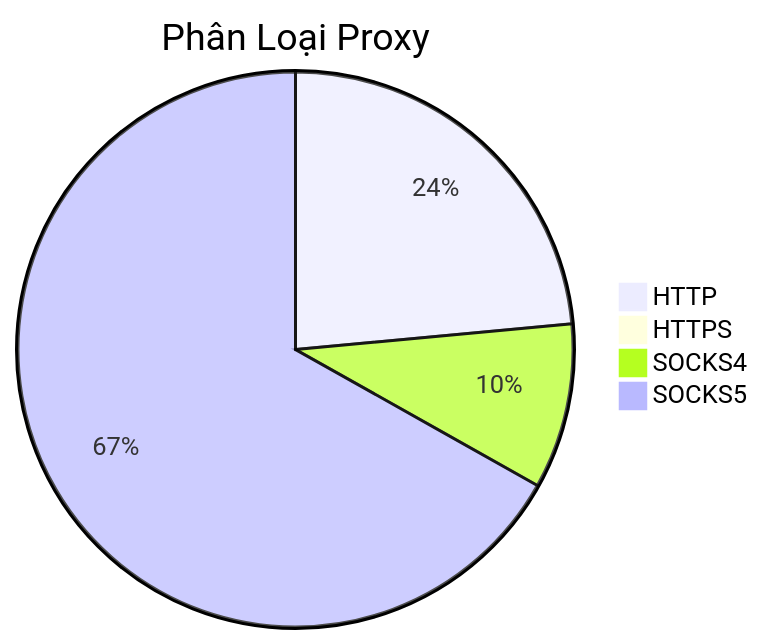
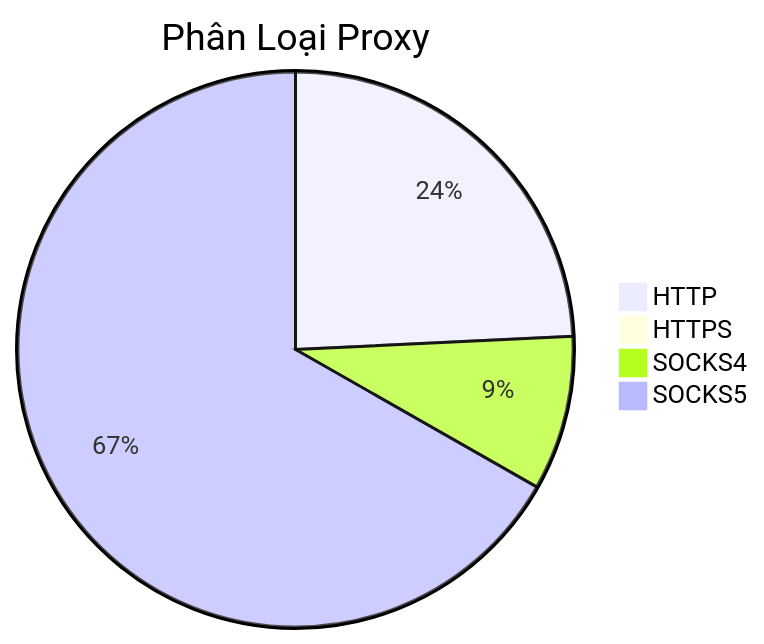
One commit to Ciara-Aa/PROXY-free changed the diagram in README.md. Above: the diagram before and after it, drawn with Mermaid. The commit also changed other lines of this file and 4 other files, not shown here.

````diff
--- a/README.md
+++ b/README.md
@@ -26,7 +26,7 @@
 ```mermaid
 pie title Phân Loại Proxy
-    "HTTP" : 782
-    "HTTPS" : 2
-    "SOCKS4" : 320
-    "SOCKS5" : 2222
+    "HTTP" : 802
+    "HTTPS" : 1
+    "SOCKS4" : 298
+    "SOCKS5" : 2209
 ```
````
